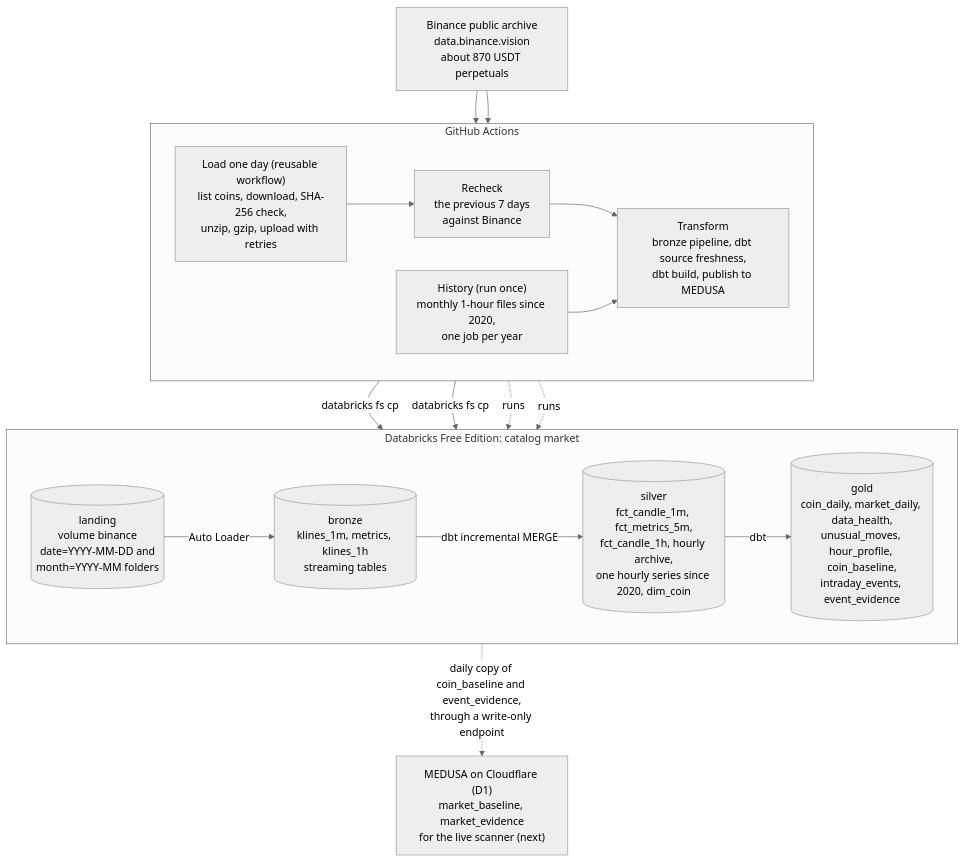
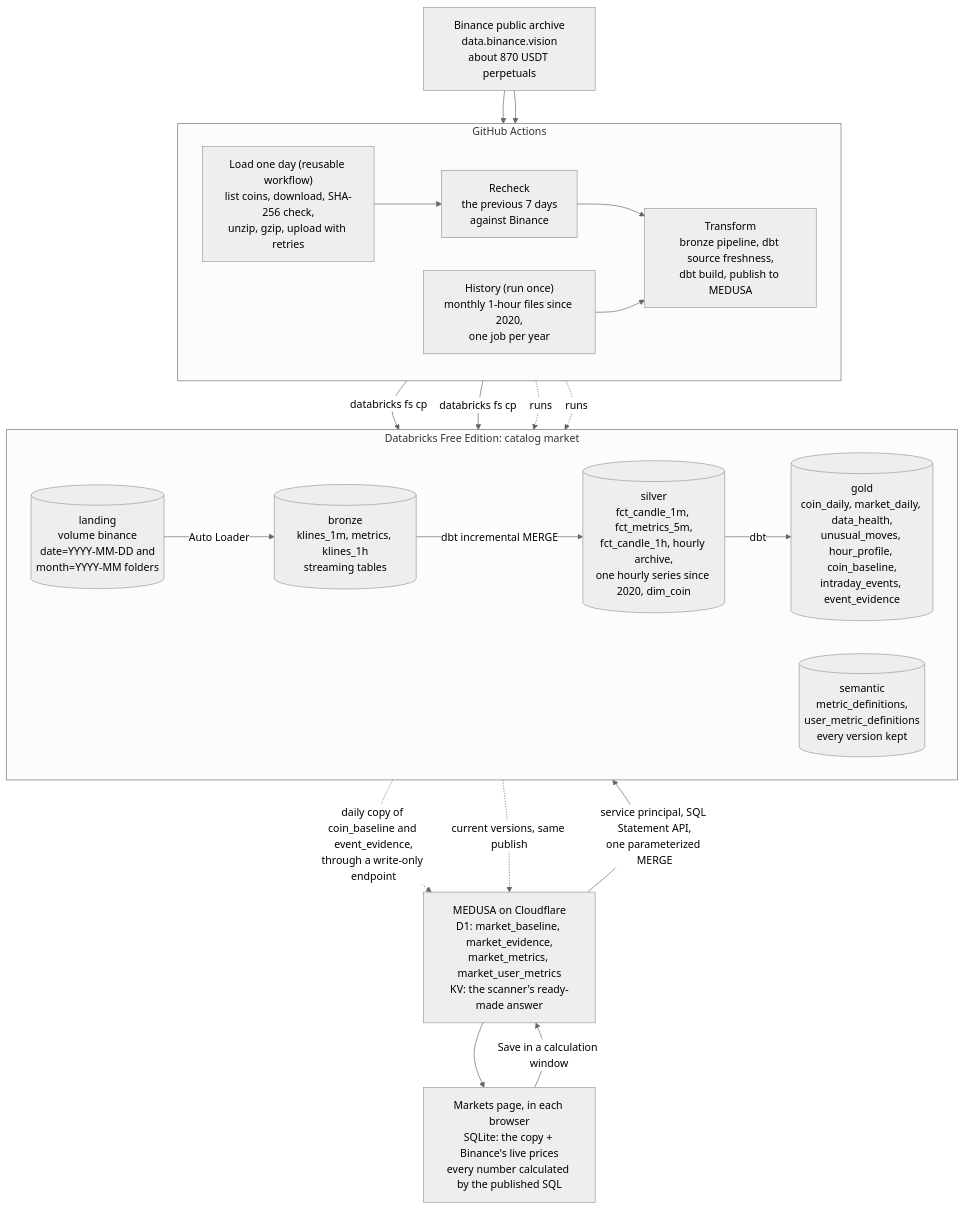
One commit to shivam65-sketch/medusa changed the diagram in docs/diagrams/lakehouse-flow.mmd. Above: the diagram before and after it, drawn with Mermaid. The commit also changed 10 other files, not shown here.

Commit message:
Docs: step 28 (editing the Markets definitions), ADR-030 and ADR-031

```diff
--- a/docs/diagrams/lakehouse-flow.mmd
+++ b/docs/diagrams/lakehouse-flow.mmd
@@ -1,29 +1,34 @@
 %%{init: {"theme": "neutral"}}%%
 flowchart TB
   BIN["Binance public archive<br>data.binance.vision<br>about 870 USDT perpetuals"]
   subgraph GH["GitHub Actions"]
     direction LR
     LD["Load one day (reusable workflow)<br>list coins, download, SHA-256 check,<br>unzip, gzip, upload with retries"]
     HI["History (run once)<br>monthly 1-hour files since 2020,<br>one job per year"]
     RC["Recheck<br>the previous 7 days<br>against Binance"]
     TR["Transform<br>bronze pipeline, dbt source freshness,<br>dbt build, publish to MEDUSA"]
     LD --> RC --> TR
     HI --> TR
   end
   subgraph DBX["Databricks Free Edition: catalog market"]
     direction LR
     L[("landing<br>volume binance<br>date=YYYY-MM-DD and<br>month=YYYY-MM folders")]
     BR[("bronze<br>klines_1m, metrics, klines_1h<br>streaming tables")]
     SI[("silver<br>fct_candle_1m, fct_metrics_5m,<br>fct_candle_1h, hourly archive,<br>one hourly series since 2020, dim_coin")]
     GO[("gold<br>coin_daily, market_daily, data_health,<br>unusual_moves, hour_profile, coin_baseline,<br>intraday_events, event_evidence")]
+    SE[("semantic<br>metric_definitions,<br>user_metric_definitions<br>every version kept")]
     L -->|"Auto Loader"| BR
     BR -->|"dbt incremental MERGE"| SI
     SI -->|"dbt"| GO
   end
   BIN --> LD
   BIN --> HI
   LD -->|"databricks fs cp"| L
   HI -->|"databricks fs cp"| L
   TR -.->|"runs"| BR
   TR -.->|"runs"| SI
-  GO -.->|"daily copy of coin_baseline and event_evidence,<br>through a write-only endpoint"| WEB["MEDUSA on Cloudflare (D1)<br>market_baseline, market_evidence<br>for the live scanner (next)"]
+  GO -.->|"daily copy of coin_baseline and event_evidence,<br>through a write-only endpoint"| WEB["MEDUSA on Cloudflare<br>D1: market_baseline, market_evidence,<br>market_metrics, market_user_metrics<br>KV: the scanner's ready-made answer"]
+  SE -.->|"current versions, same publish"| WEB
+  WEB --> PG["Markets page, in each browser<br>SQLite: the copy + Binance's live prices<br>every number calculated by the published SQL"]
+  PG -->|"Save in a calculation window"| WEB
+  WEB -->|"service principal, SQL Statement API,<br>one parameterized MERGE"| SE
```
